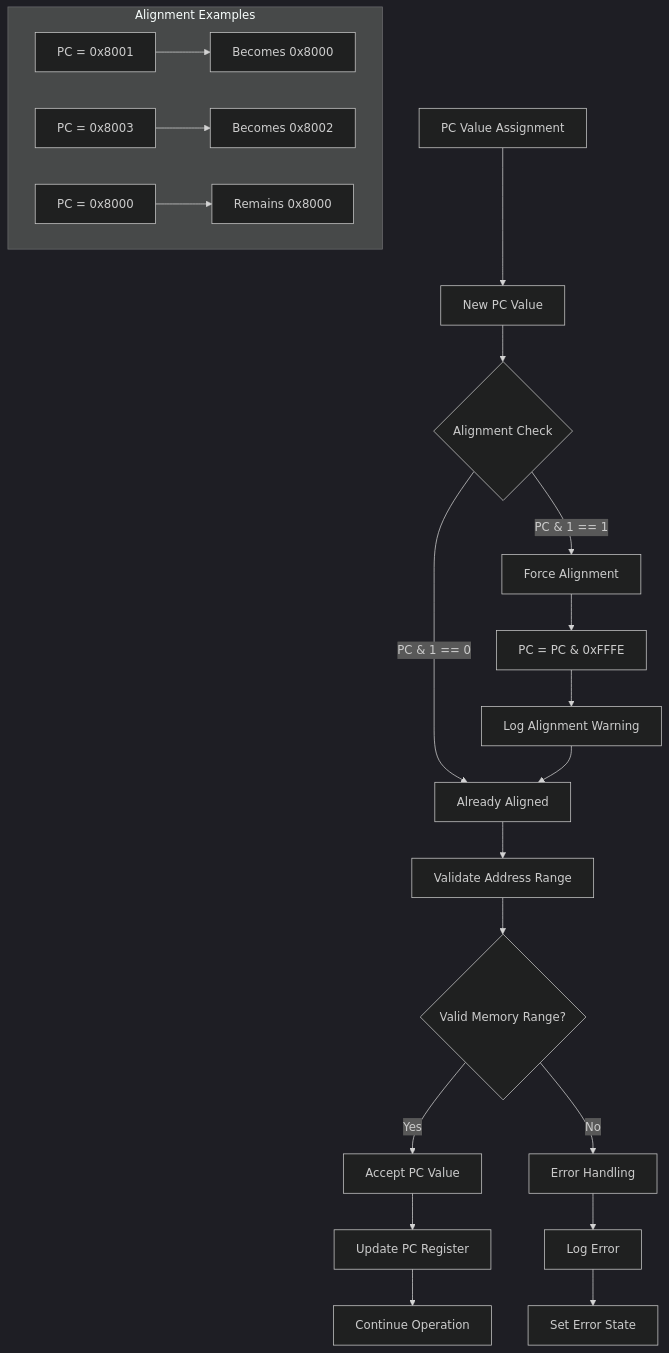
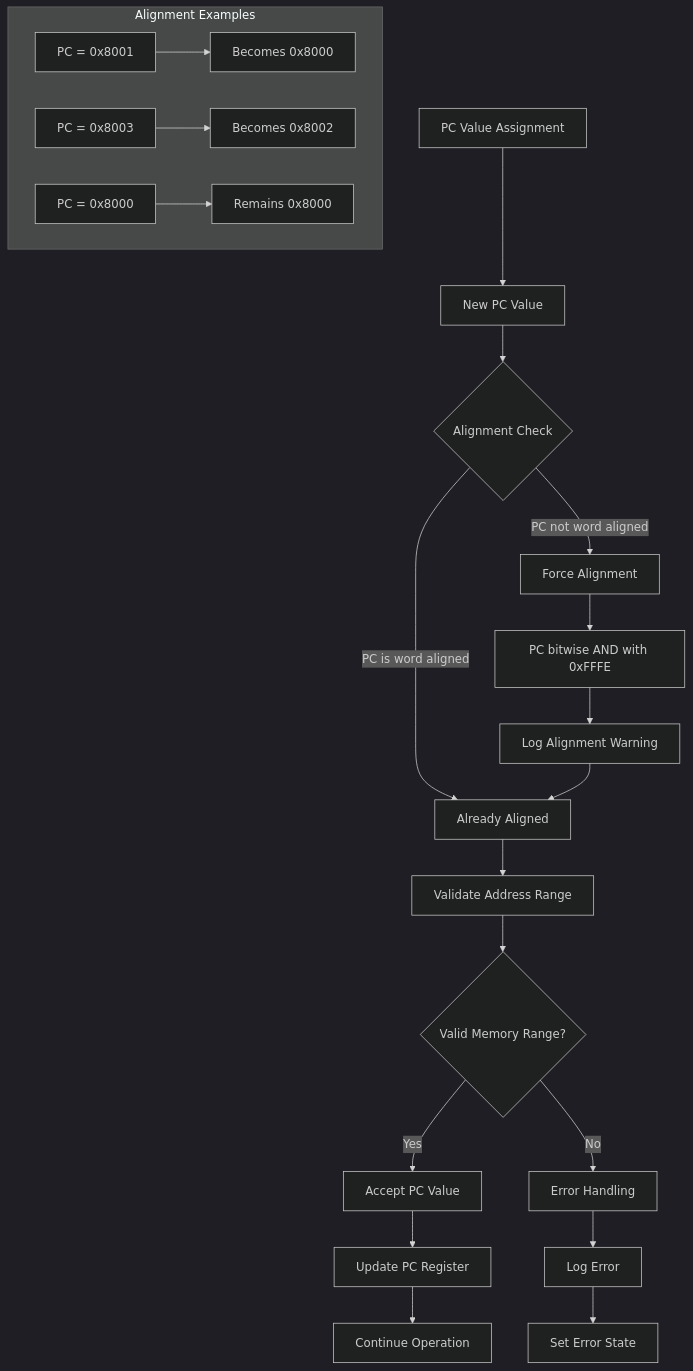
Before and after one commit to grahame-white/ai_msp430_emulator: the eighth of 10 diagrams in docs/diagrams/cpu/pc_state_transitions.md, drawn with Mermaid (dark theme). The commit also changed other lines of this file, not shown here.

Commit message:
Fix remaining Mermaid diagram parsing errors by removing bitwise operators and complex expressions from node labels

````diff
--- a/docs/diagrams/cpu/pc_state_transitions.md
+++ b/docs/diagrams/cpu/pc_state_transitions.md
@@ -292,29 +292,29 @@
 ```mermaid
 flowchart TD
     A[PC Value Assignment] --> B[New PC Value]
     B --> C{Alignment Check}
-    C -->|PC & 1 == 0| D[Already Aligned]
-    C -->|PC & 1 == 1| E[Force Alignment]
+    C -->|PC is word aligned| D[Already Aligned]
+    C -->|PC not word aligned| E[Force Alignment]
     
-    E --> F[PC = PC & 0xFFFE]
+    E --> F[PC bitwise AND with 0xFFFE]
     F --> G[Log Alignment Warning]
     G --> D
     
     D --> H[Validate Address Range]
     H --> I{Valid Memory Range?}
     I -->|Yes| J[Accept PC Value]
     I -->|No| K[Error Handling]
     
     K --> L[Log Error]
     L --> M[Set Error State]
     
     J --> N[Update PC Register]
     N --> O[Continue Operation]
     
     subgraph "Alignment Examples"
         A1[PC = 0x8001] --> A2[Becomes 0x8000]
         A3[PC = 0x8003] --> A4[Becomes 0x8002]
         A5[PC = 0x8000] --> A6[Remains 0x8000]
     end
 
 ```
````
